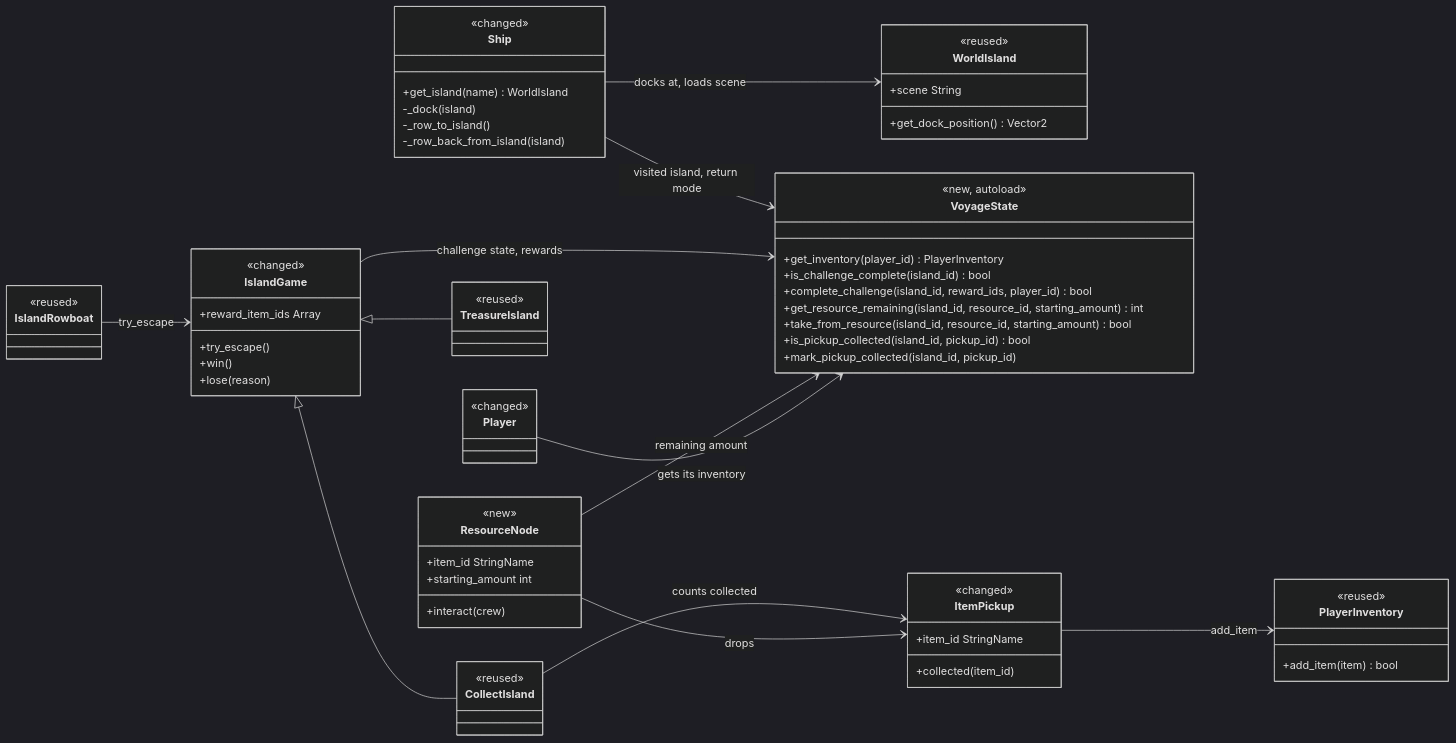
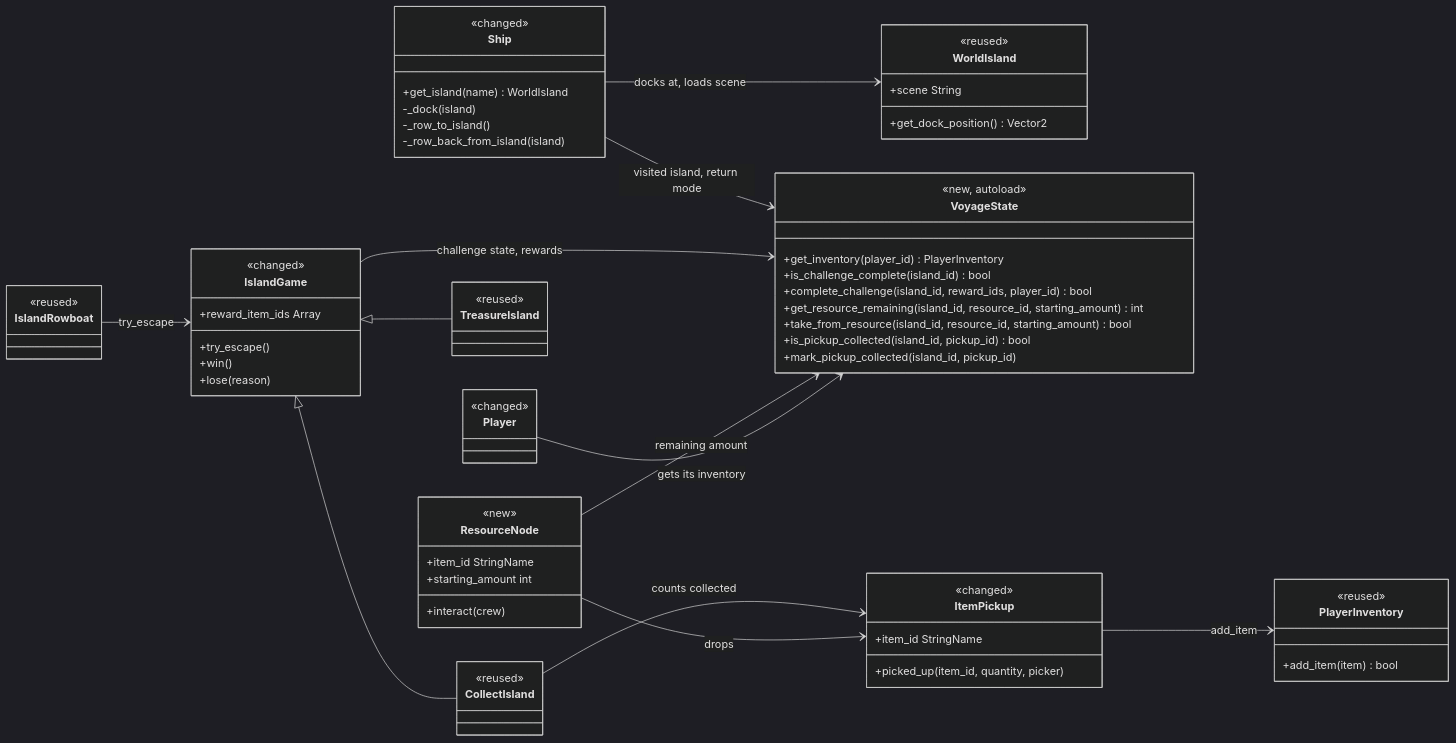
Before and after one commit to whitneyakred/gaming: the first of 5 diagrams in docs/design/isle.md, drawn with Mermaid (dark theme). The commit also changed other lines of this file and 16 other files, not shown here.

````diff
--- a/docs/design/isle.md
+++ b/docs/design/isle.md
@@ -48,71 +48,71 @@
 ```mermaid
 classDiagram
     direction LR
     class Ship {
         <<changed>>
         +get_island(name) WorldIsland
         -_dock(island)
         -_row_to_island()
         -_row_back_from_island(island)
     }
     class WorldIsland {
         <<reused>>
         +scene String
         +get_dock_position() Vector2
     }
     class VoyageState {
         <<new, autoload>>
         +get_inventory(player_id) PlayerInventory
         +is_challenge_complete(island_id) bool
         +complete_challenge(island_id, reward_ids, player_id) bool
         +get_resource_remaining(island_id, resource_id, starting_amount) int
         +take_from_resource(island_id, resource_id, starting_amount) bool
         +is_pickup_collected(island_id, pickup_id) bool
         +mark_pickup_collected(island_id, pickup_id)
     }
     class IslandGame {
         <<changed>>
         +reward_item_ids Array
         +try_escape()
         +win()
         +lose(reason)
     }
     class CollectIsland {
         <<reused>>
     }
     class TreasureIsland {
         <<reused>>
     }
     class IslandRowboat {
         <<reused>>
     }
     class ItemPickup {
         <<changed>>
         +item_id StringName
-        +collected(item_id)
+        +picked_up(item_id, quantity, picker)
     }
     class ResourceNode {
         <<new>>
         +item_id StringName
         +starting_amount int
         +interact(crew)
     }
     class PlayerInventory {
         <<reused>>
         +add_item(item) bool
     }
     class Player {
         <<changed>>
     }
     Ship --> WorldIsland : docks at, loads scene
     Ship --> VoyageState : visited island, return mode
     IslandGame <|-- CollectIsland
     IslandGame <|-- TreasureIsland
     IslandGame --> VoyageState : challenge state, rewards
     IslandRowboat --> IslandGame : try_escape
     CollectIsland --> ItemPickup : counts collected
     ResourceNode --> VoyageState : remaining amount
     ResourceNode --> ItemPickup : drops
     ItemPickup --> PlayerInventory : add_item
     Player --> VoyageState : gets its inventory
 ```
````
